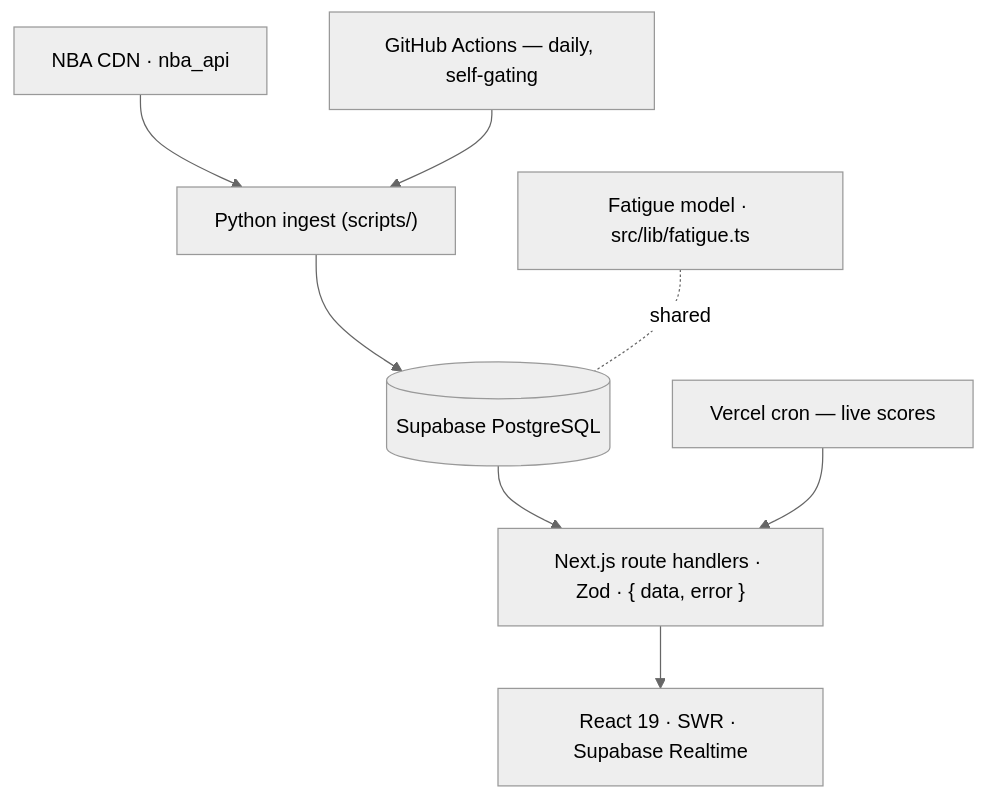
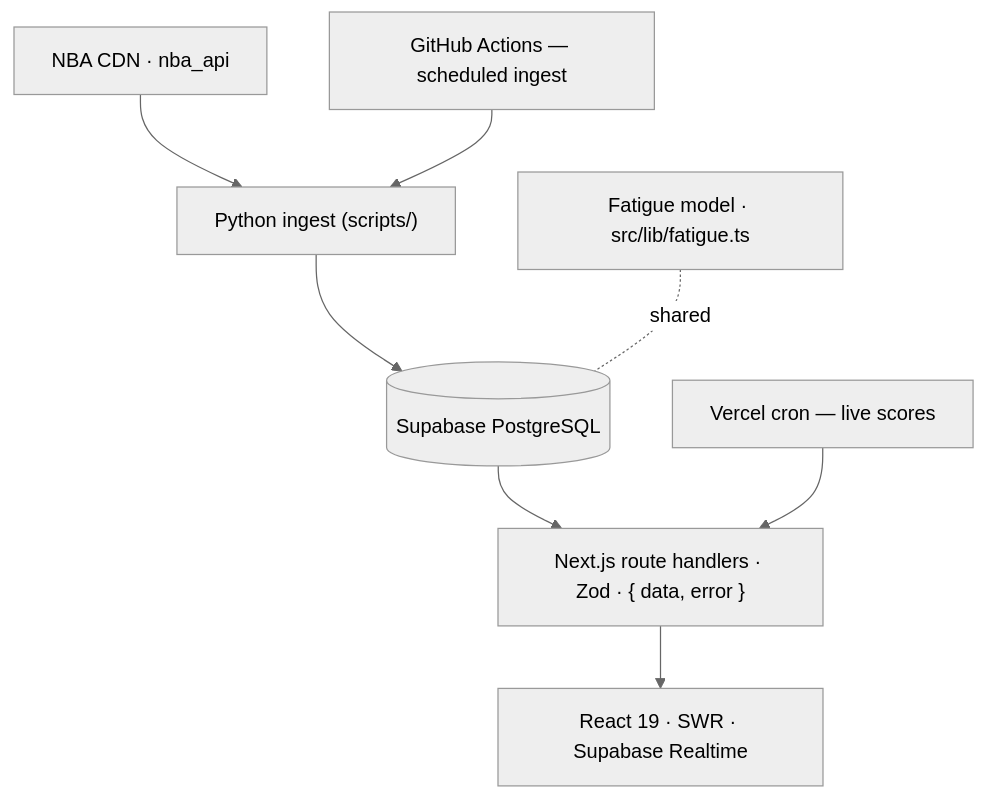
One commit to mhju0/fullcourt changed the diagram in README.md. Above: the diagram before and after it, drawn with Mermaid (neutral theme). The commit also changed other lines of this file, not shown here.

````diff
--- a/README.md
+++ b/README.md
@@ -37,10 +37,10 @@
 ```mermaid
 flowchart TD
     src["NBA CDN · nba_api"] --> ingest["Python ingest (scripts/)"]
     ingest --> db[("Supabase PostgreSQL")]
     model["Fatigue model · src/lib/fatigue.ts"] -. shared .- db
     db --> api["Next.js route handlers · Zod · { data, error }"]
     api --> ui["React 19 · SWR · Supabase Realtime"]
-    cron["GitHub Actions — daily, self-gating"] --> ingest
+    cron["GitHub Actions — scheduled ingest"] --> ingest
     vercel["Vercel cron — live scores"] --> api
 ```
````
